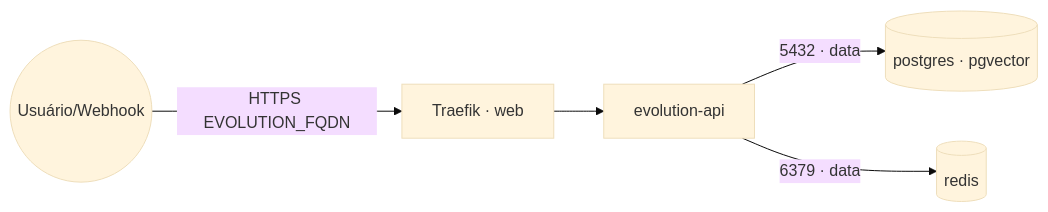
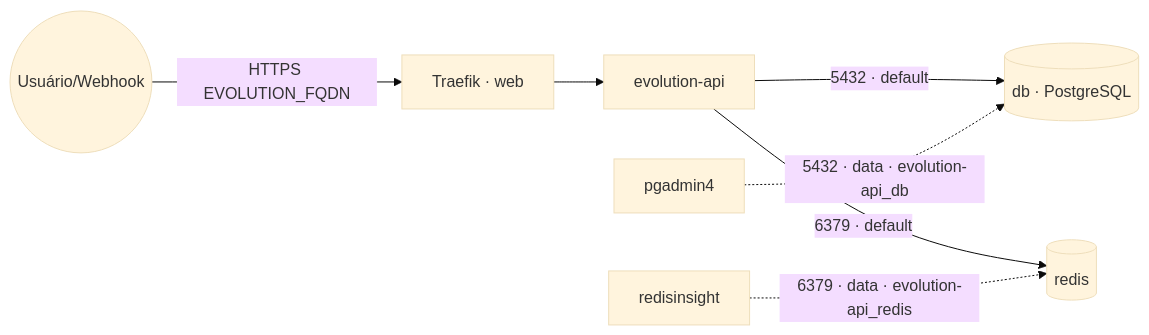
Before and after one commit to marcelofmatos/portainer-stacks: the diagram in evolution-api/README.md, drawn with Mermaid (base theme). The commit also changed other lines of this file and 23 other files, not shown here.

First line of the commit message:
Refactor stacks to use embedded PostgreSQL instead of shared instances

````diff
--- a/evolution-api/README.md
+++ b/evolution-api/README.md
@@ -9,7 +11,9 @@
 ```mermaid
 flowchart LR
     cliente((Usuário/Webhook)) -->|HTTPS EVOLUTION_FQDN| traefik[Traefik · web]
     traefik --> evo[evolution-api]
-    evo -->|5432 · data| pg[(postgres · pgvector)]
-    evo -->|6379 · data| redis[(redis)]
+    evo -->|5432 · default| db[(db · PostgreSQL)]
+    evo -->|6379 · default| redis[(redis)]
+    pg[pgadmin4] -.->|5432 · data · evolution-api_db| db
+    ri[redisinsight] -.->|6379 · data · evolution-api_redis| redis
 ```
````
